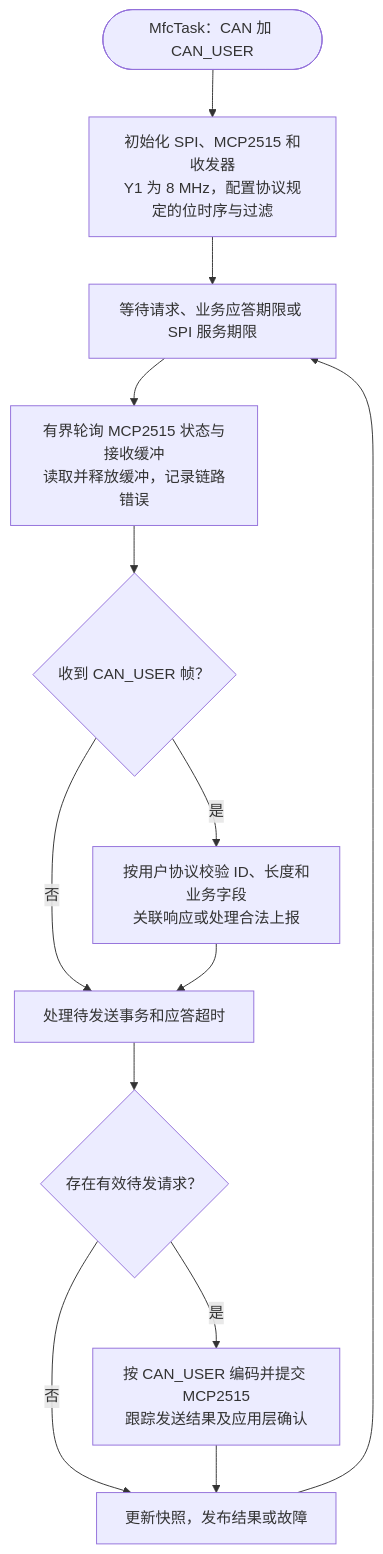
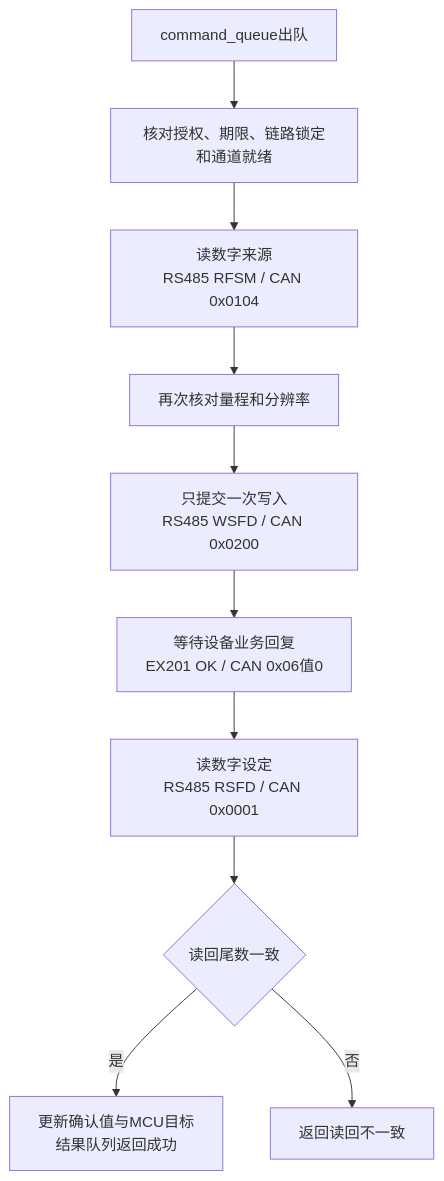
The fifth of 5 diagrams in doc/Design Document/Design Statement/主板软件运行流程-FreeRTOS.md (WIZYAN/gas-flowmeter-control), drawn with Mermaid before and after one commit. The commit also changed other lines of this file and 11 other files, not shown here.

````diff
--- a/doc/Design Document/Design Statement/主板软件运行流程-FreeRTOS.md
+++ b/doc/Design Document/Design Statement/主板软件运行流程-FreeRTOS.md
@@ -240,15 +92,12 @@
 ```mermaid
 flowchart TD
-    A([MfcTask：CAN 加 CAN_USER]) --> B[初始化 SPI、MCP2515 和收发器<br/>Y1 为 8 MHz，配置协议规定的位时序与过滤]
-    B --> C[等待请求、业务应答期限或 SPI 服务期限]
-    C --> D[有界轮询 MCP2515 状态与接收缓冲<br/>读取并释放缓冲，记录链路错误]
-    D --> E{收到 CAN_USER 帧？}
-    E -->|是| F[按用户协议校验 ID、长度和业务字段<br/>关联响应或处理合法上报]
-    E -->|否| G[处理待发送事务和应答超时]
-    F --> G
-    G --> H{存在有效待发请求？}
-    H -->|是| I[按 CAN_USER 编码并提交 MCP2515<br/>跟踪发送结果及应用层确认]
-    H -->|否| J[更新快照，发布结果或故障]
-    I --> J
-    J --> C
+    Q[command_queue出队] --> CHECK[核对授权、期限、链路锁定和通道就绪]
+    CHECK --> SOURCE[读数字来源<br/>RS485 RFSM / CAN 0x0104]
+    SOURCE --> VALUE[再次核对量程和分辨率]
+    VALUE --> WRITE[只提交一次写入<br/>RS485 WSFD / CAN 0x0200]
+    WRITE --> ACK[等待设备业务回复<br/>EX201 OK / CAN 0x06值0]
+    ACK --> READ[读数字设定<br/>RS485 RSFD / CAN 0x0001]
+    READ --> COMPARE{读回尾数一致}
+    COMPARE -->|是| OK[更新确认值与MCU目标<br/>结果队列返回成功]
+    COMPARE -->|否| ERROR[返回读回不一致]
 ```
````
